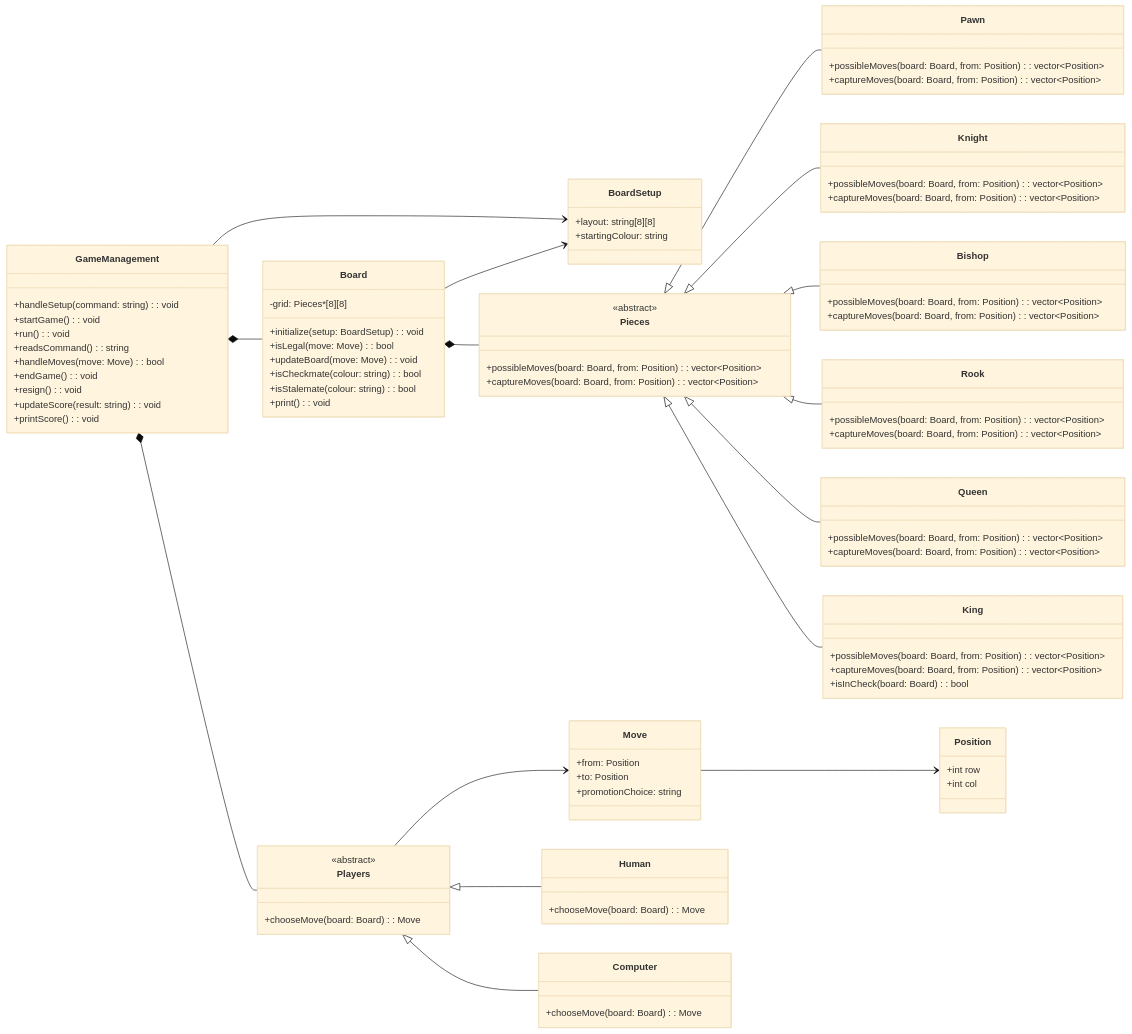
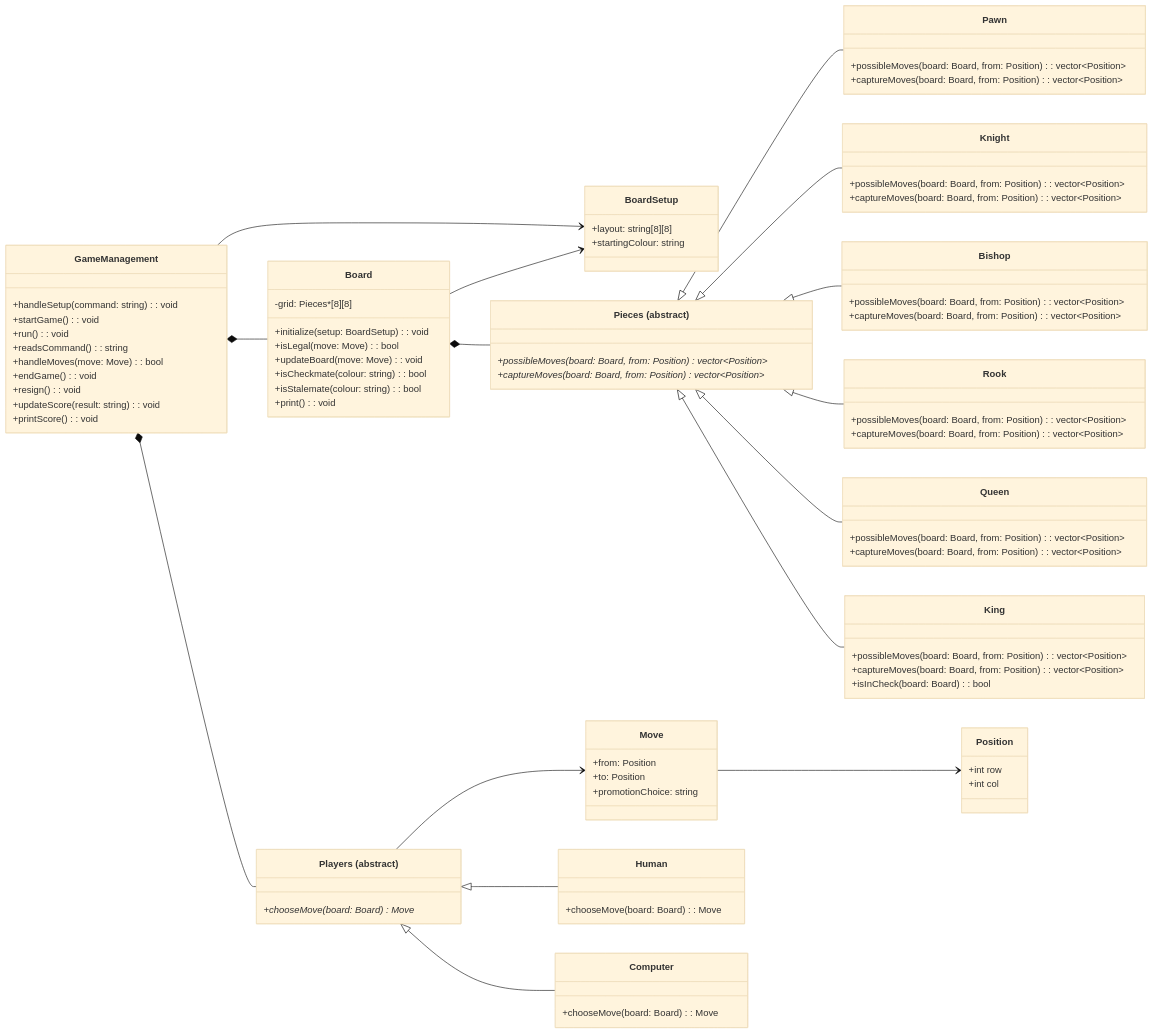
Before and after one commit to gbean-26/B07project: the diagram in PLAN.md, drawn with Mermaid (base theme). The commit also changed 1 other file, not shown here.

Commit message:
render plan.pdf (modified UML syntax for compatibility)

```diff
--- a/PLAN.md
+++ b/PLAN.md
@@ -12,10 +12,9 @@
         +int row
         +int col
     }
-    class Pieces {
-        <<abstract>>
-        +possibleMoves(board: Board, from: Position): vector~Position~
-        +captureMoves(board: Board, from: Position): vector~Position~
+    class Pieces["Pieces (abstract)"] {
+        +possibleMoves(board: Board, from: Position) vector~Position~*
+        +captureMoves(board: Board, from: Position) vector~Position~*
     }
     class Pawn {
         +possibleMoves(board: Board, from: Position): vector~Position~
@@ -73,9 +72,8 @@
     Board --> BoardSetup
     GameManagement --> BoardSetup
 
-    class Players {
-        <<abstract>>
-        +chooseMove(board: Board): Move
+    class Players["Players (abstract)"] {
+        +chooseMove(board: Board) Move*
     }
     class Human {
         +chooseMove(board: Board): Move
```
